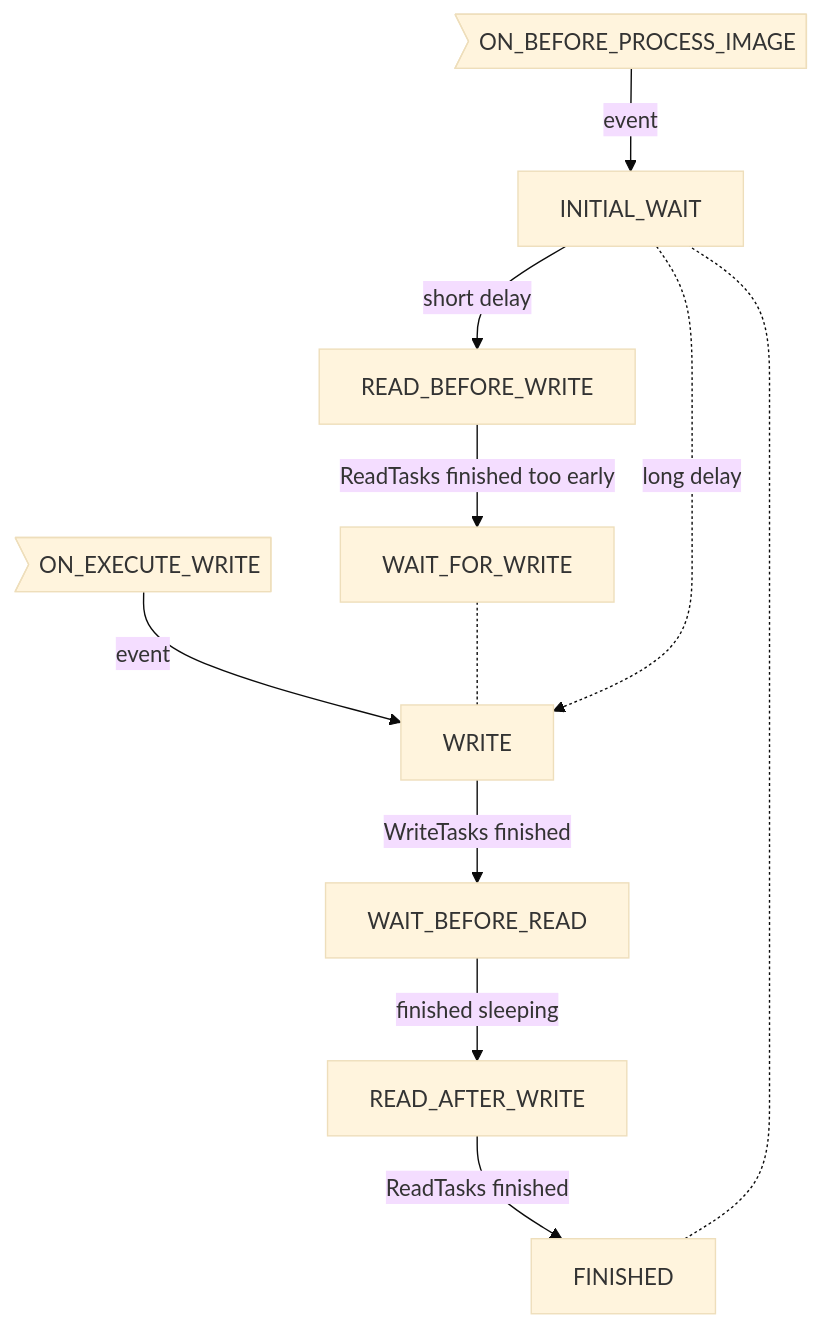
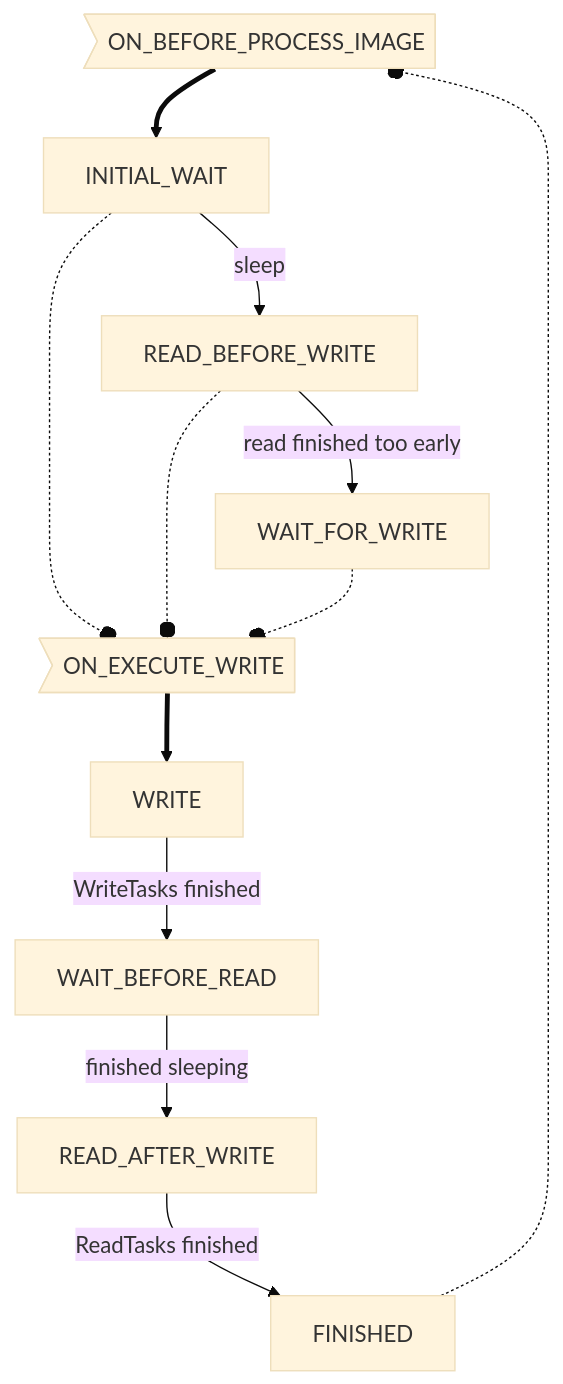
One commit to OpenEMS/openems changed the diagram in io.openems.edge.bridge.modbus/doc/statemachine.md. Above: the diagram before and after it, drawn with Mermaid (base theme).

Commit message:
Improve State-Machine

````diff
--- a/io.openems.edge.bridge.modbus/doc/statemachine.md
+++ b/io.openems.edge.bridge.modbus/doc/statemachine.md
@@ -3,19 +3,19 @@
 ```mermaid
 graph TD
 ON_BEFORE_PROCESS_IMAGE>ON_BEFORE_PROCESS_IMAGE]
 ON_EXECUTE_WRITE>ON_EXECUTE_WRITE]
 
-ON_EXECUTE_WRITE -->|event| WRITE
-INITIAL_WAIT -->|short delay| READ_BEFORE_WRITE
-READ_BEFORE_WRITE -->|ReadTasks finished too early| WAIT_FOR_WRITE
-WAIT_FOR_WRITE -.- WRITE
-
-INITIAL_WAIT -.->|long delay| WRITE
+ON_EXECUTE_WRITE ==> WRITE
+INITIAL_WAIT -->|sleep| READ_BEFORE_WRITE
+INITIAL_WAIT -.-o ON_EXECUTE_WRITE
+READ_BEFORE_WRITE -->|read finished too early| WAIT_FOR_WRITE
+READ_BEFORE_WRITE -.-o ON_EXECUTE_WRITE
+WAIT_FOR_WRITE -.-o ON_EXECUTE_WRITE
 
 WRITE -->|WriteTasks finished| WAIT_BEFORE_READ
 WAIT_BEFORE_READ -->|finished sleeping| READ_AFTER_WRITE
 READ_AFTER_WRITE -->|ReadTasks finished| FINISHED
 
-ON_BEFORE_PROCESS_IMAGE -->|event| INITIAL_WAIT
-FINISHED -.- INITIAL_WAIT
+ON_BEFORE_PROCESS_IMAGE ==> INITIAL_WAIT
+FINISHED -.-o ON_BEFORE_PROCESS_IMAGE
 ```
````
